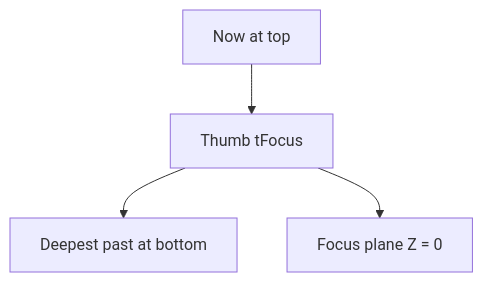
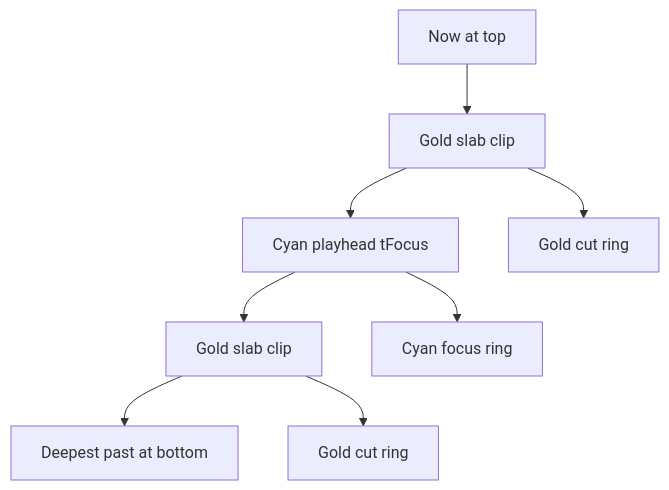
The tenth of 16 diagrams in architecture.md (PiMaV/DONNER), drawn with Mermaid before and after one commit. The commit also changed other lines of this file and 30 other files, not shown here.

````diff
--- a/architecture.md
+++ b/architecture.md
@@ -208,9 +232,15 @@
 ```mermaid
 flowchart TB
   now[Now at top]
-  thumb[Thumb tFocus]
+  hi[Gold slab clip]
+  thumb[Cyan playhead tFocus]
+  lo[Gold slab clip]
   past[Deepest past at bottom]
-  now --> thumb
-  thumb --> past
-  thumb --> plane[Focus plane Z = 0]
+  now --> hi
+  hi --> thumb
+  thumb --> lo
+  lo --> past
+  thumb --> plane[Cyan focus ring]
+  hi --> cutHi[Gold cut ring]
+  lo --> cutLo[Gold cut ring]
 ```
````
